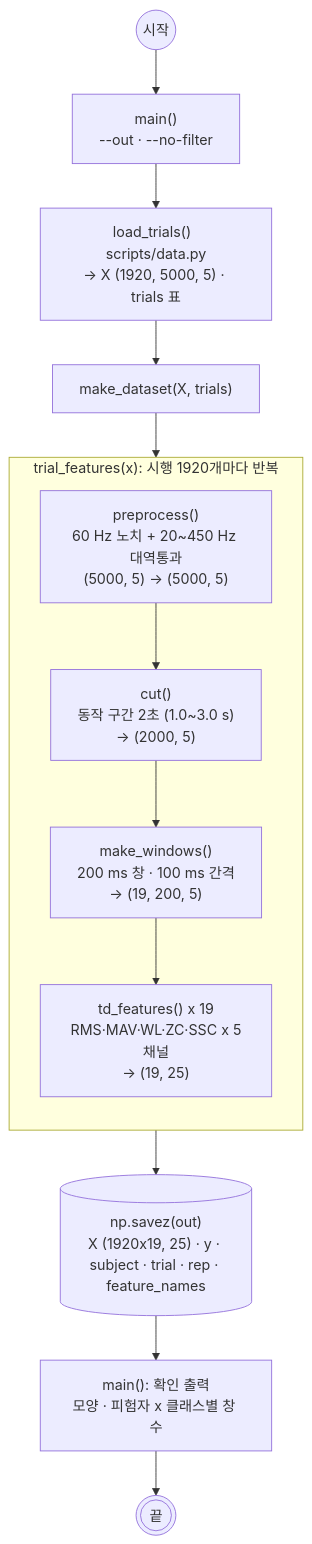
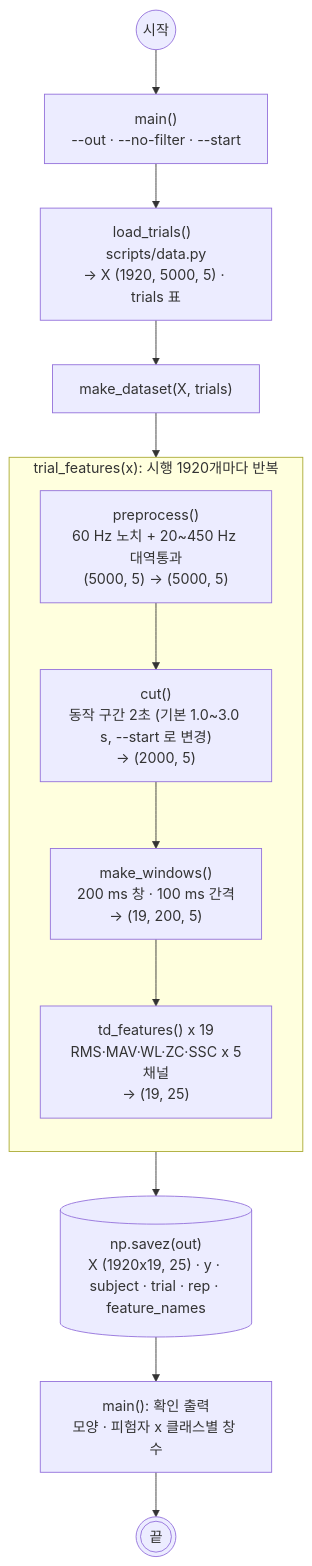
Before and after one commit to wm-shin/semg_arm_pred: the diagram in mermaid/preprocessing.md, drawn with Mermaid. The commit also changed other lines of this file and 9 other files, not shown here.

````diff
--- a/mermaid/preprocessing.md
+++ b/mermaid/preprocessing.md
@@ -7,20 +7,20 @@
 ```mermaid
 flowchart TD
-    start((시작)) --> M["main()<br/>--out · --no-filter"]
+    start((시작)) --> M["main()<br/>--out · --no-filter · --start"]
     M --> L["load_trials()  scripts/data.py<br/>→ X (1920, 5000, 5) · trials 표"]
     L --> MD["make_dataset(X, trials)"]
 
     subgraph P["trial_features(x): 시행 1920개마다 반복"]
         direction TB
         F["preprocess()<br/>60 Hz 노치 + 20~450 Hz 대역통과<br/>(5000, 5) → (5000, 5)"]
-        C["cut()<br/>동작 구간 2초 (1.0~3.0 s)<br/>→ (2000, 5)"]
+        C["cut()<br/>동작 구간 2초 (기본 1.0~3.0 s, --start 로 변경)<br/>→ (2000, 5)"]
         W["make_windows()<br/>200 ms 창 · 100 ms 간격<br/>→ (19, 200, 5)"]
         T["td_features() x 19<br/>RMS·MAV·WL·ZC·SSC x 5채널<br/>→ (19, 25)"]
         F --> C --> W --> T
     end
 
     MD --> P
     P --> NPZ[("np.savez(out)<br/>X (1920x19, 25) · y · subject · trial · rep · feature_names")]
     NPZ --> OUT["main(): 확인 출력<br/>모양 · 피험자 x 클래스별 창 수"]
     OUT --> stop(((끝)))
 ```
````
